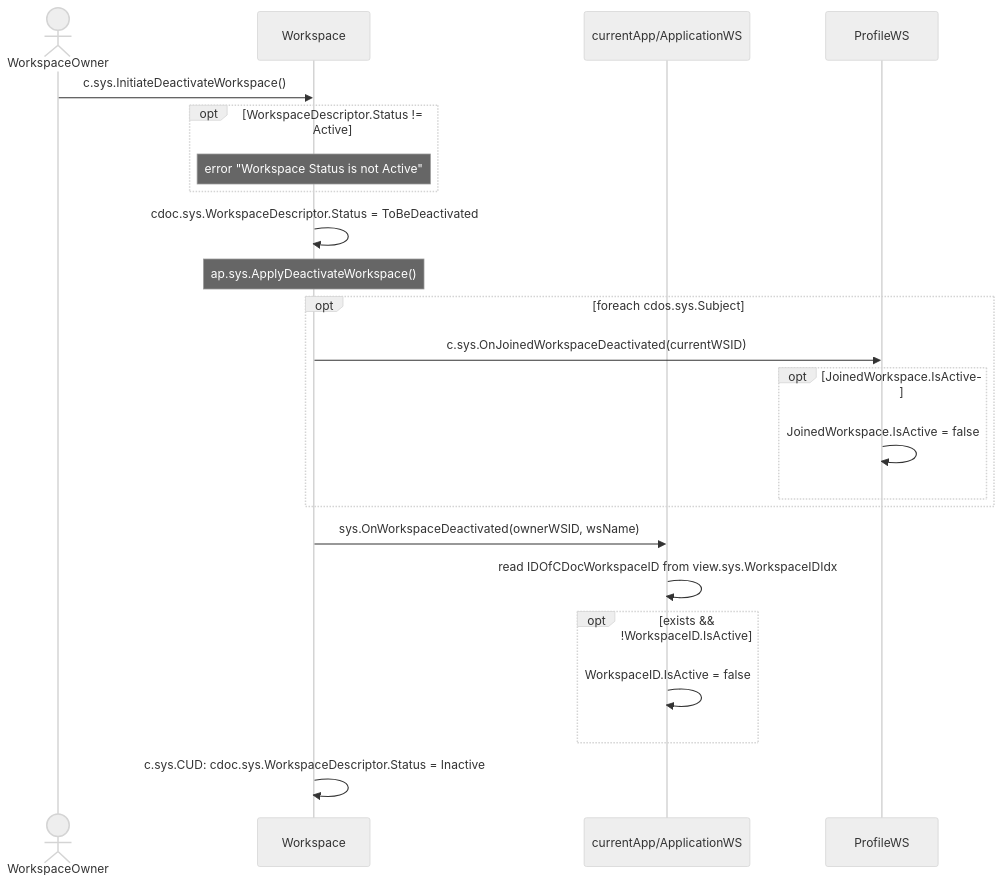
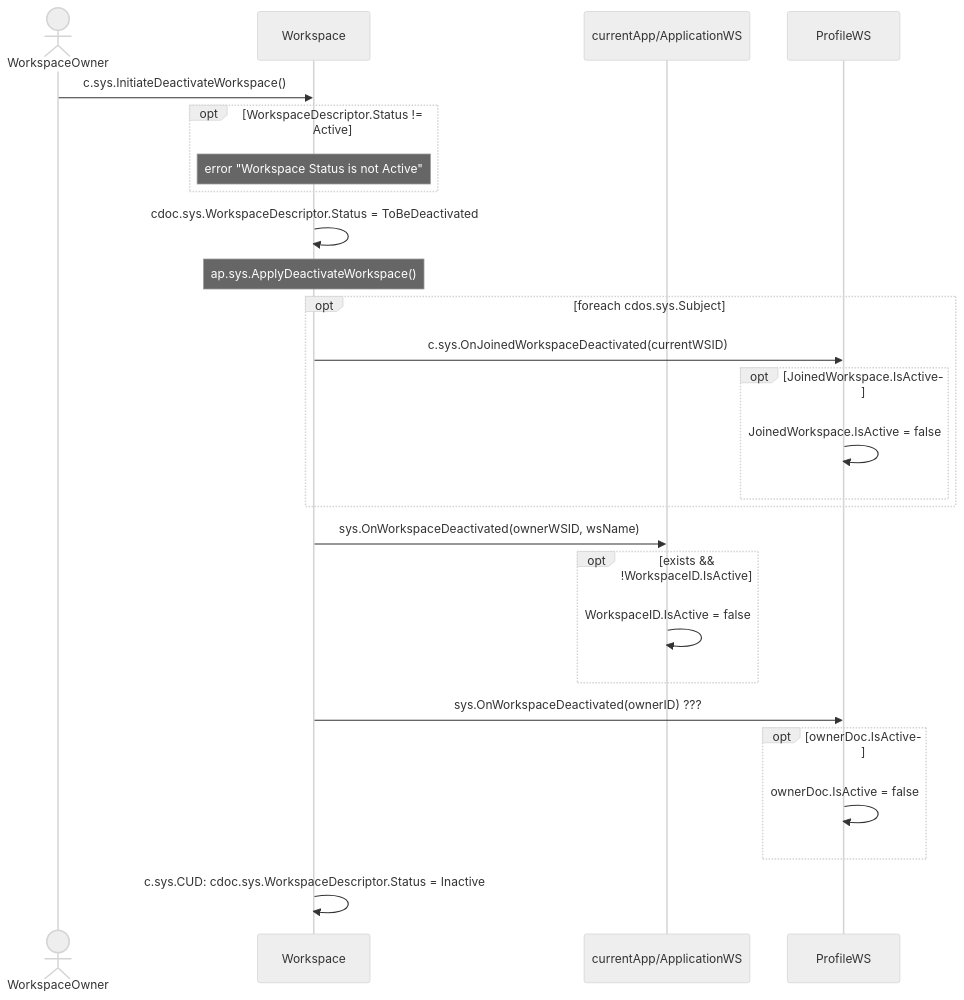
Before and after one commit to voedger/voedger: the diagram in design/workspaces/deactivate-workspace.md, drawn with Mermaid (neutral theme). The commit also changed 4 other files, not shown here.

````diff
--- a/design/workspaces/deactivate-workspace.md
+++ b/design/workspaces/deactivate-workspace.md
@@ -23,32 +23,36 @@
 ```mermaid
     sequenceDiagram
 
     actor owner as WorkspaceOwner
     participant ws as Workspace
     participant appws as currentApp/ApplicationWS
     participant profile as ProfileWS
 
     owner ->> ws: c.sys.InitiateDeactivateWorkspace()
     opt WorkspaceDescriptor.Status != Active
       note over ws: error "Workspace Status is not Active"
     end
 
     ws ->> ws: cdoc.sys.WorkspaceDescriptor.Status = ToBeDeactivated
 
     note over ws: ap.sys.ApplyDeactivateWorkspace()
     opt foreach cdos.sys.Subject
       ws ->> profile: c.sys.OnJoinedWorkspaceDeactivated(currentWSID)
       opt JoinedWorkspace.IsActive
         profile ->> profile: JoinedWorkspace.IsActive = false
       end
     end
 
     ws ->> appws: sys.OnWorkspaceDeactivated(ownerWSID, wsName)
-    appws ->> appws: read IDOfCDocWorkspaceID from view.sys.WorkspaceIDIdx
     opt exists && !WorkspaceID.IsActive
       appws ->> appws: WorkspaceID.IsActive = false
+    end
+
+    ws ->> profile: sys.OnWorkspaceDeactivated(ownerID) ???
+    opt ownerDoc.IsActive
+      profile ->> profile: ownerDoc.IsActive = false
     end
 
     ws ->> ws: c.sys.CUD: cdoc.sys.WorkspaceDescriptor.Status = Inactive
 
 ```
````
